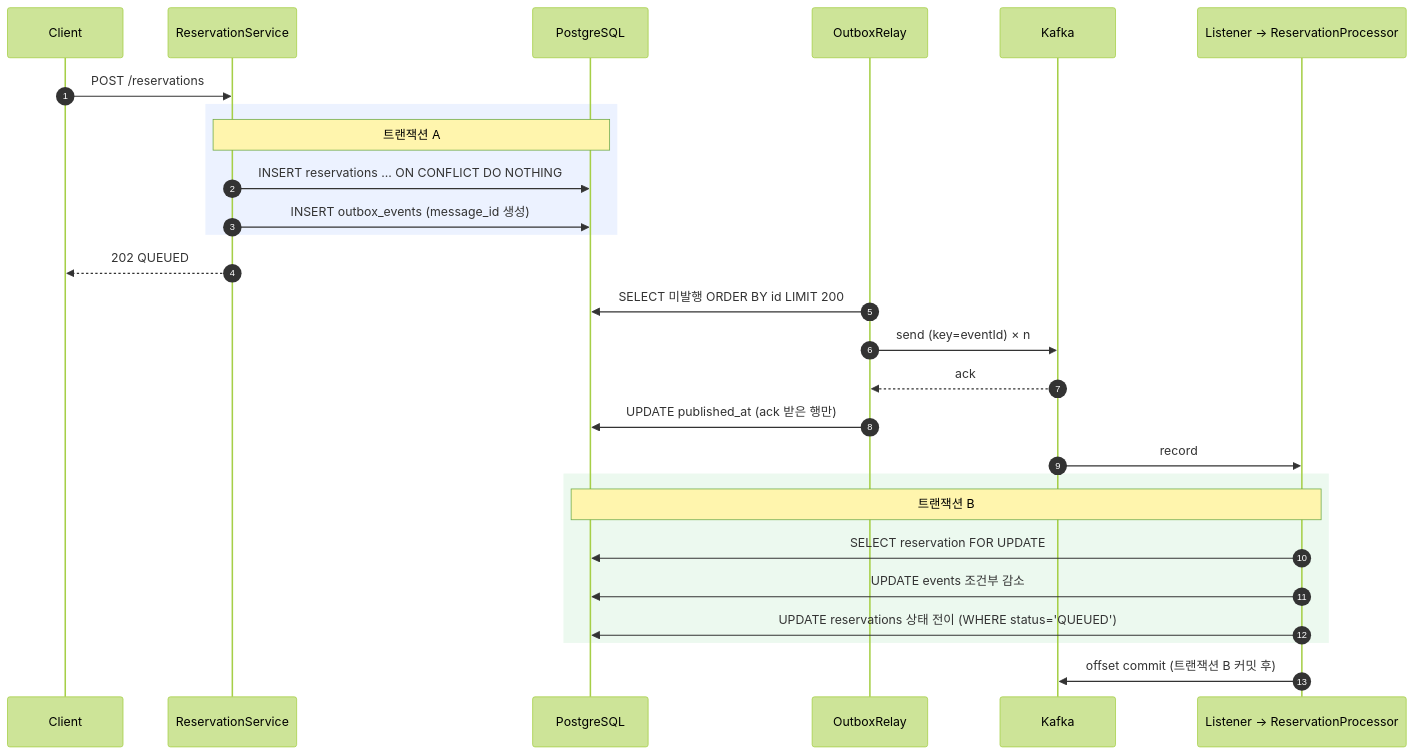
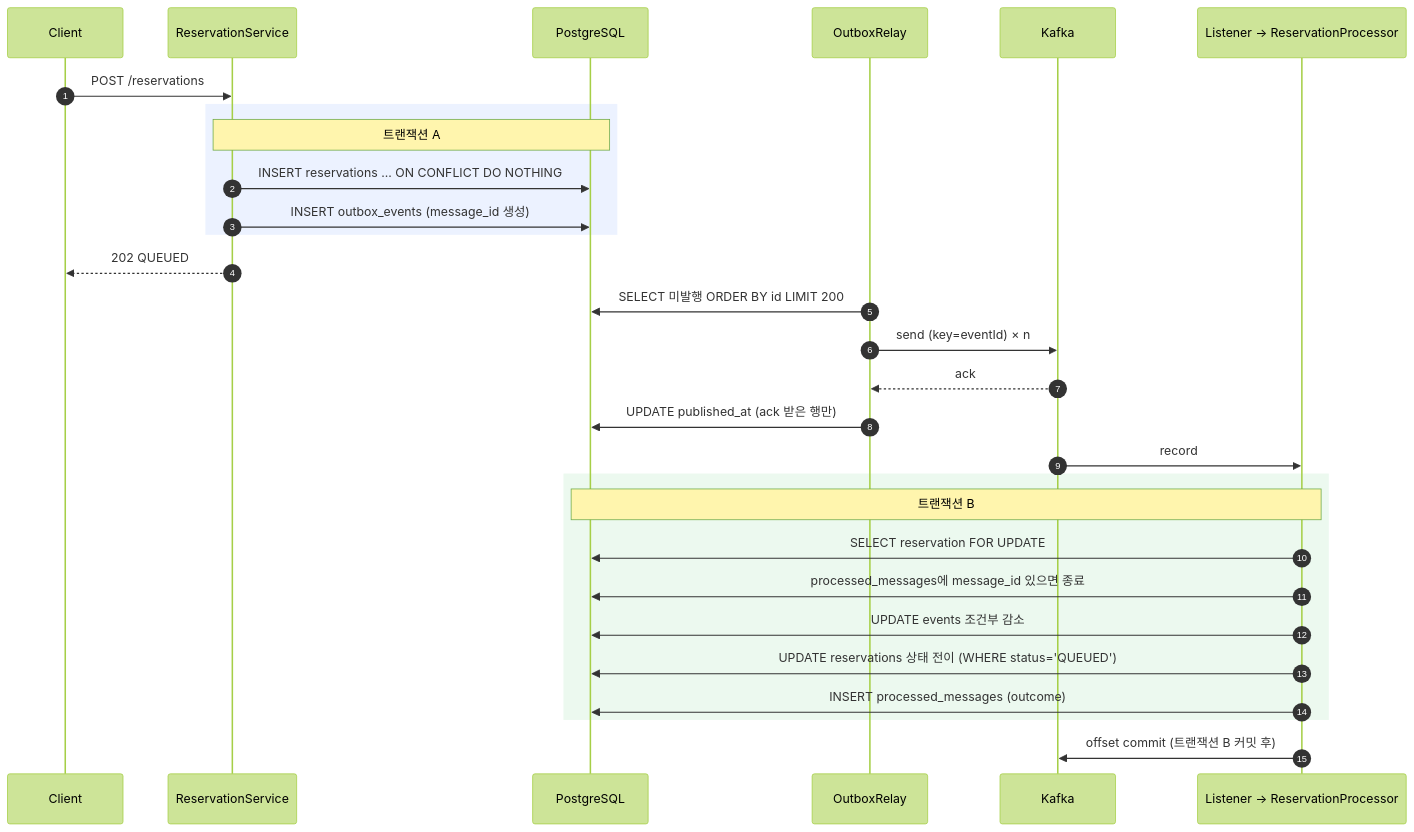
Before and after one commit to Ohhaeseo/ticketflow-kafka: the third of 3 diagrams in docs/architecture.md, drawn with Mermaid (forest theme). The commit also changed other lines of this file and 5 other files, not shown here.

````diff
--- a/docs/architecture.md
+++ b/docs/architecture.md
@@ -67,30 +68,32 @@
 ```mermaid
 sequenceDiagram
   autonumber
   participant C as Client
   participant API as ReservationService
   participant DB as PostgreSQL
   participant R as OutboxRelay
   participant K as Kafka
   participant W as Listener → ReservationProcessor
 
   C->>API: POST /reservations
   rect rgba(100,150,255,0.12)
   note over API,DB: 트랜잭션 A
   API->>DB: INSERT reservations ... ON CONFLICT DO NOTHING
   API->>DB: INSERT outbox_events (message_id 생성)
   end
   API-->>C: 202 QUEUED
   R->>DB: SELECT 미발행 ORDER BY id LIMIT 200
   R->>K: send (key=eventId) × n
   K-->>R: ack
   R->>DB: UPDATE published_at (ack 받은 행만)
   K->>W: record
   rect rgba(100,200,120,0.12)
   note over W,DB: 트랜잭션 B
   W->>DB: SELECT reservation FOR UPDATE
+  W->>DB: processed_messages에 message_id 있으면 종료
   W->>DB: UPDATE events 조건부 감소
   W->>DB: UPDATE reservations 상태 전이 (WHERE status='QUEUED')
+  W->>DB: INSERT processed_messages (outcome)
   end
   W->>K: offset commit (트랜잭션 B 커밋 후)
 ```
````
